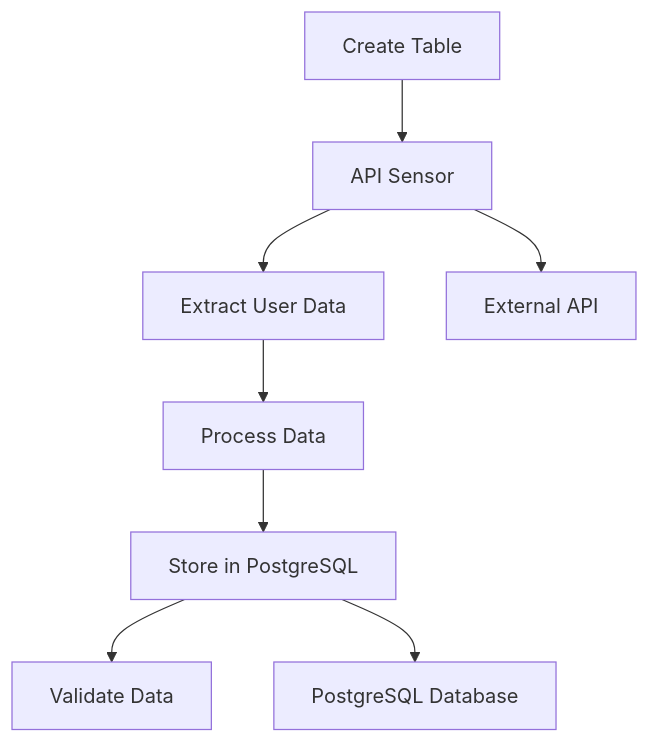
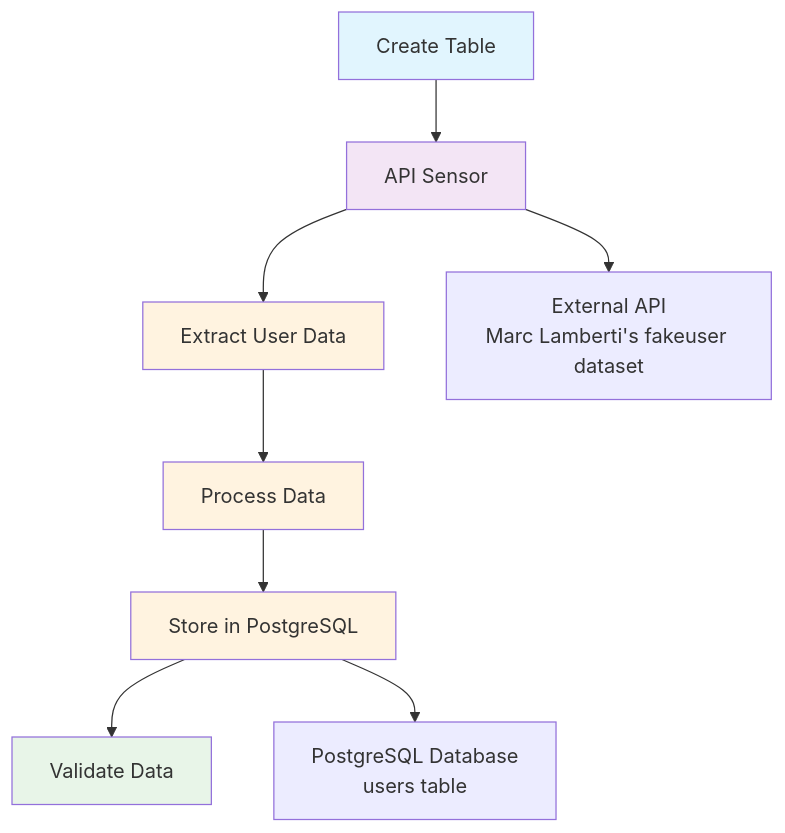
One commit to Mousami7/airflow-user-processing-pipeline changed the diagram in README.md. Above: the diagram before and after it, drawn with Mermaid. The commit also changed other lines of this file and 2 other files, not shown here.

First line of the commit message:
Update README with professional documentation and fix architecture diagram

````diff
--- a/README.md
+++ b/README.md
@@ -15,11 +15,18 @@
 ```mermaid
 graph TD
     A[Create Table] --> B[API Sensor]
     B --> C[Extract User Data]
     C --> D[Process Data]
     D --> E[Store in PostgreSQL]
     E --> F[Validate Data]
     
-    B --> G[External API]
-    E --> H[PostgreSQL Database]
+    B --> G[External API<br/>Marc Lamberti's fakeuser dataset]
+    E --> H[PostgreSQL Database<br/>users table]
+    
+    style A fill:#e1f5fe
+    style B fill:#f3e5f5
+    style C fill:#fff3e0
+    style D fill:#fff3e0
+    style E fill:#fff3e0
+    style F fill:#e8f5e8
 ```
````
